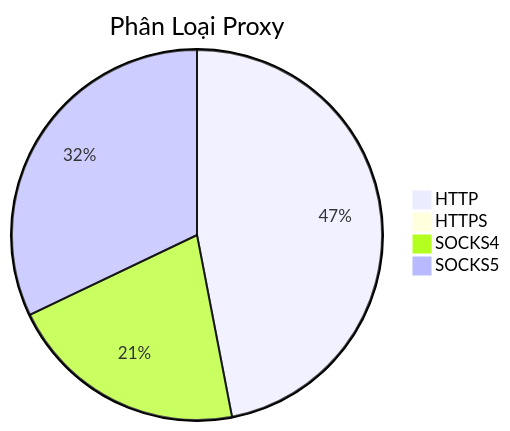
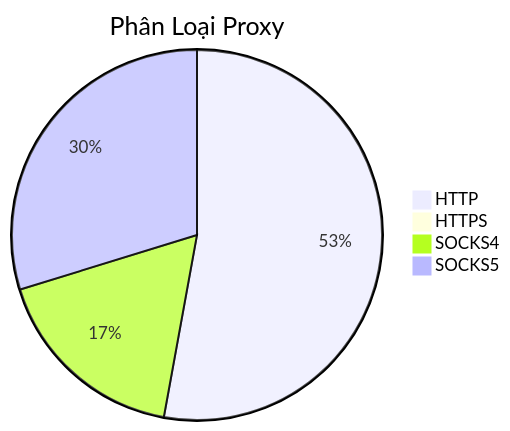
One commit to Ciara-12/PROXY-free changed the diagram in README.md. Above: the diagram before and after it, drawn with Mermaid. The commit also changed other lines of this file and 3 other files, not shown here.

````diff
--- a/README.md
+++ b/README.md
@@ -26,7 +26,7 @@
 ```mermaid
 pie title Phân Loại Proxy
-    "HTTP" : 543
+    "HTTP" : 636
     "HTTPS" : 0
-    "SOCKS4" : 242
-    "SOCKS5" : 371
+    "SOCKS4" : 209
+    "SOCKS5" : 358
 ```
````
